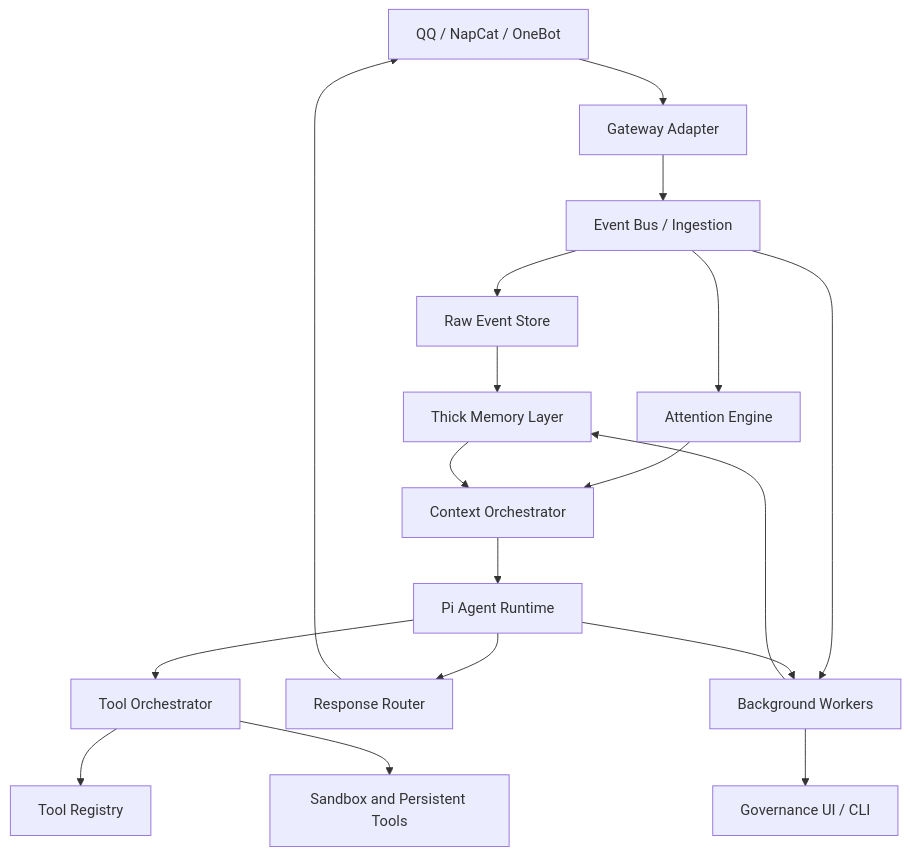
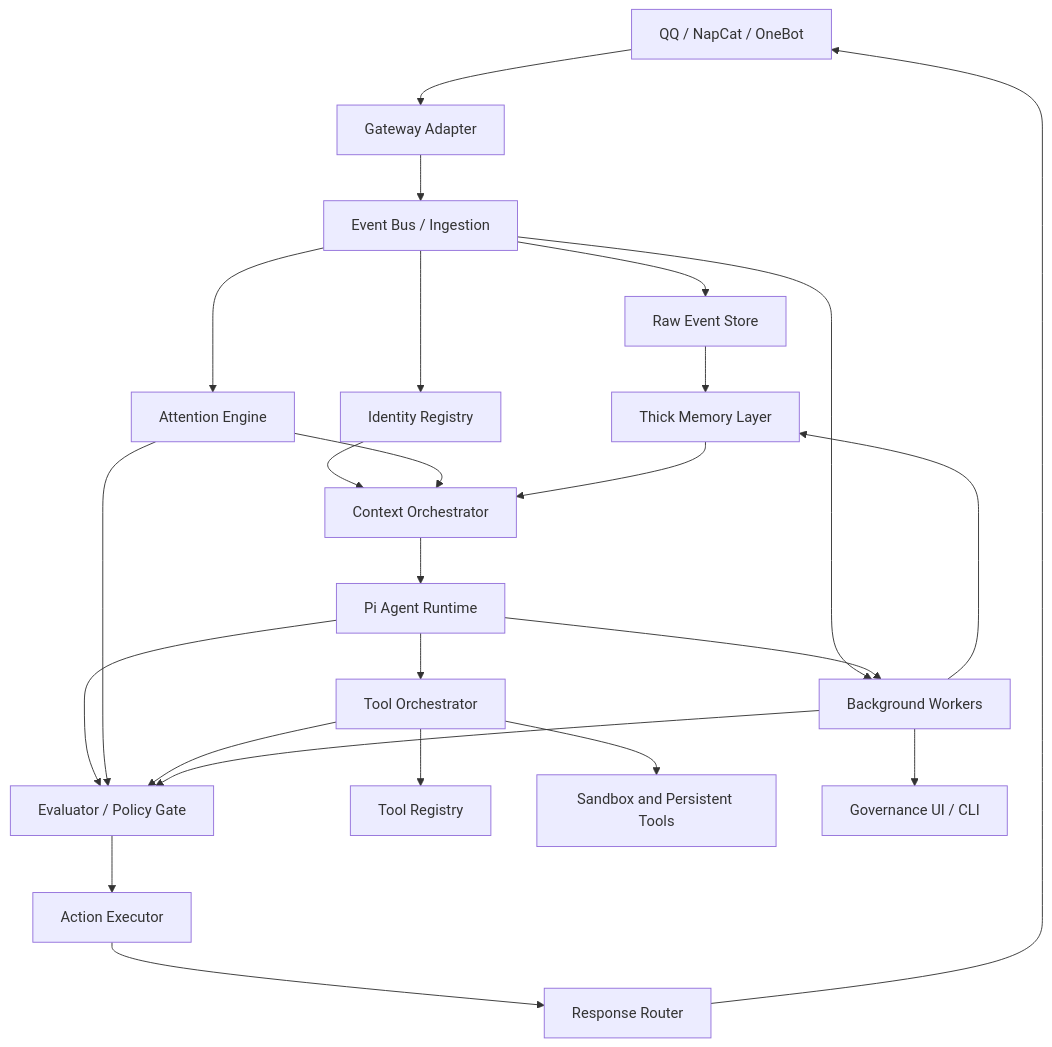
One commit to sudoyc/LetheBot changed the diagram in docs/architecture.md. Above: the diagram before and after it, drawn with Mermaid. The commit also changed other lines of this file and 7 other files, not shown here.

First line of the commit message:
docs: update core architecture documentation

````diff
--- a/docs/architecture.md
+++ b/docs/architecture.md
@@ -5,24 +7,32 @@
 ```mermaid
 flowchart TD
   A[QQ / NapCat / OneBot] --> B[Gateway Adapter]
   B --> C[Event Bus / Ingestion]
   C --> D[Raw Event Store]
   C --> E[Attention Engine]
+  C --> O[Identity Registry]
 
   D --> F[Thick Memory Layer]
-  E --> G[Context Orchestrator]
+  O --> G[Context Orchestrator]
+  E --> G
   F --> G
 
   G --> H[Pi Agent Runtime]
+  H --> P[Evaluator / Policy Gate]
+  E --> P
+  P --> Q[Action Executor]
+
   H --> I[Tool Orchestrator]
   I --> J[Tool Registry]
   I --> K[Sandbox and Persistent Tools]
+  I --> P
 
-  H --> L[Response Router]
+  Q --> L[Response Router]
   L --> A
 
   C --> M[Background Workers]
   H --> M
   M --> F
+  M --> P
   M --> N[Governance UI / CLI]
 ```
````
